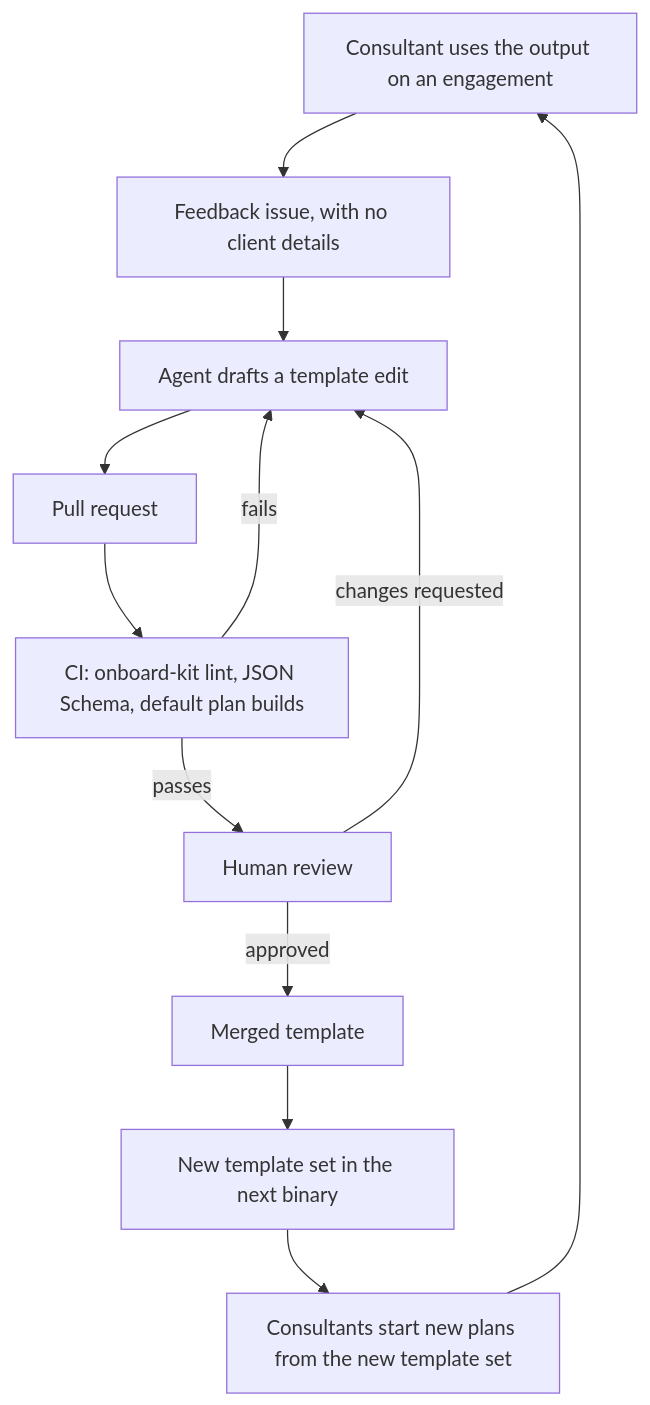
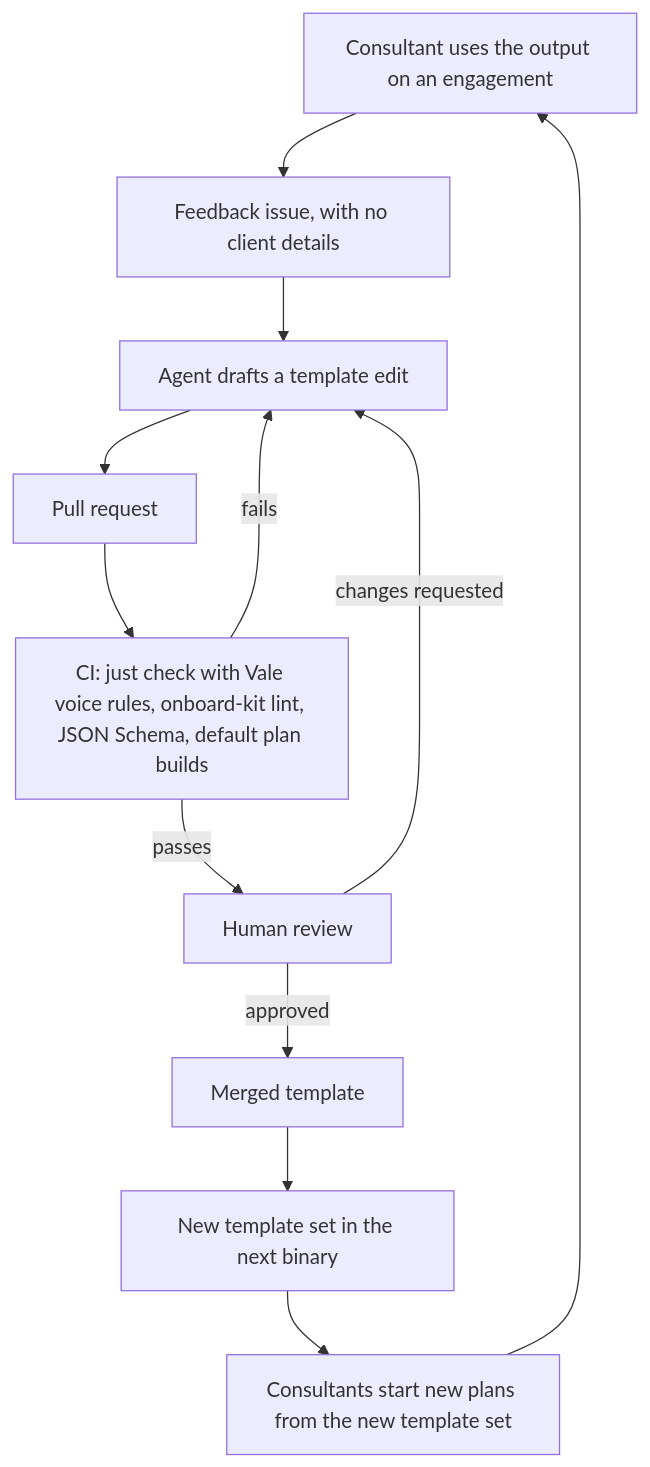
One commit to 8thlight-daveloper/onboard-kit changed the diagram in docs/architecture/authoring-loop.md. Above: the diagram before and after it, drawn with Mermaid. The commit also changed other lines of this file and 5 other files, not shown here.

Commit message:
Move voice rules from the template linter to Vale and record the dev tooling

````diff
--- a/docs/architecture/authoring-loop.md
+++ b/docs/architecture/authoring-loop.md
@@ -7,24 +7,24 @@
 ```mermaid
 flowchart TB
     use["Consultant uses the output on an engagement"]
     feedback["Feedback issue, with no client details"]
     draft["Agent drafts a template edit"]
     pr["Pull request"]
-    checks["CI: onboard-kit lint, JSON Schema, default plan builds"]
+    checks["CI: just check with Vale voice rules, onboard-kit lint, JSON Schema, default plan builds"]
     review["Human review"]
     merge["Merged template"]
     release["New template set in the next binary"]
     regen["Consultants start new plans from the new template set"]
 
     use --> feedback
     feedback --> draft
     draft --> pr
     pr --> checks
     checks -->|fails| draft
     checks -->|passes| review
     review -->|changes requested| draft
     review -->|approved| merge
     merge --> release
     release --> regen
     regen --> use
 ```
````
